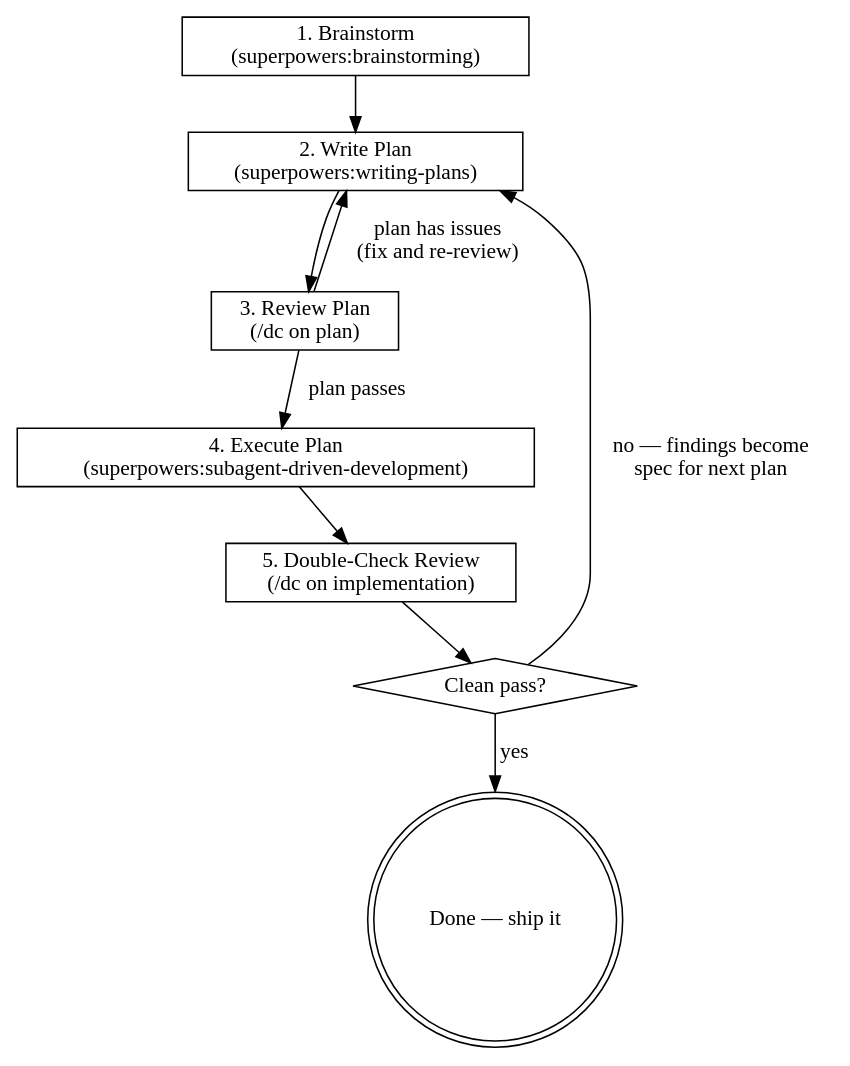
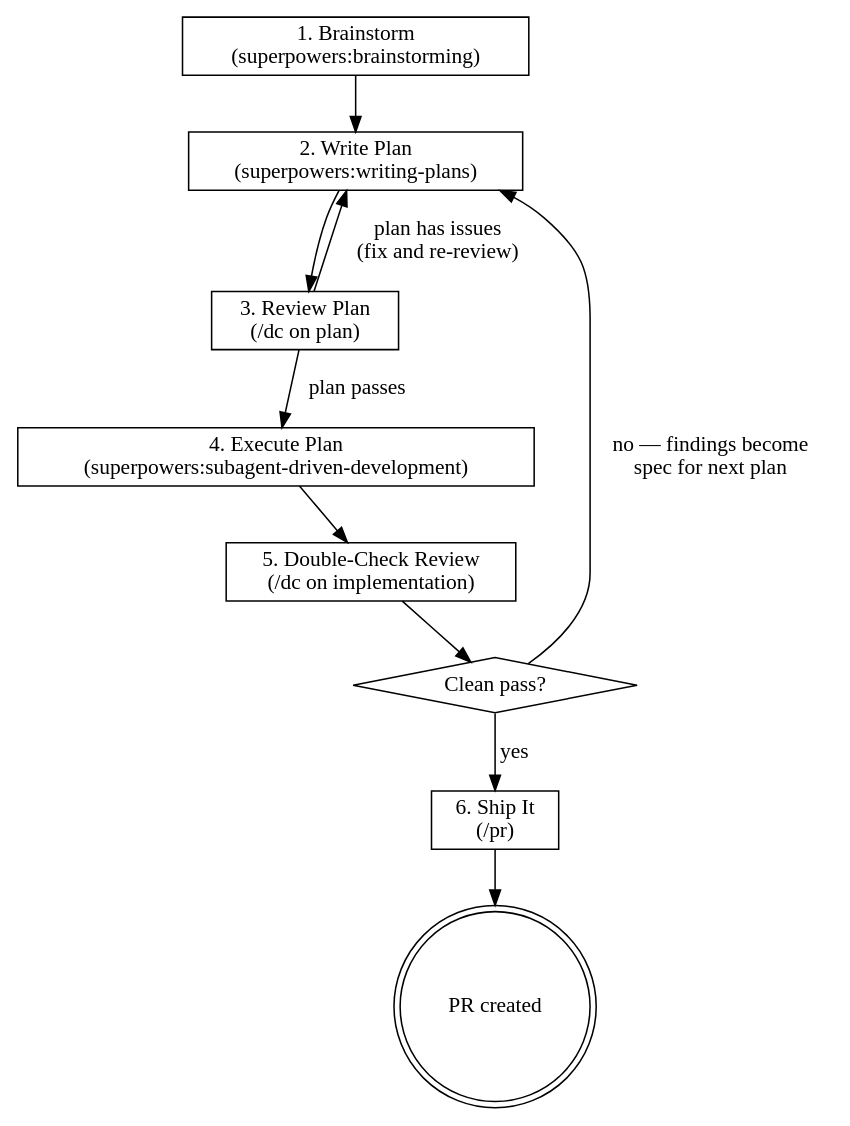
One commit to jackneil/claude-jacked changed the second of 2 diagrams in jacked/data/skills/jack-it-up/SKILL.md. Above: the diagram before and after it, drawn with Graphviz. The commit also changed other lines of this file and 2 other files, not shown here.

````diff
--- a/jacked/data/skills/jack-it-up/SKILL.md
+++ b/jacked/data/skills/jack-it-up/SKILL.md
@@ -43,23 +43,25 @@
 ```dot
 digraph cycle {
     rankdir=TB;
     node [shape=box];
 
     brainstorm [label="1. Brainstorm\n(superpowers:brainstorming)"];
     plan [label="2. Write Plan\n(superpowers:writing-plans)"];
     review_plan [label="3. Review Plan\n(/dc on plan)"];
     execute [label="4. Execute Plan\n(superpowers:subagent-driven-development)"];
     review_impl [label="5. Double-Check Review\n(/dc on implementation)"];
     clean [shape=diamond, label="Clean pass?"];
-    done [label="Done — ship it", shape=doublecircle];
+    ship [label="6. Ship It\n(/pr)"];
+    done [label="PR created", shape=doublecircle];
 
     brainstorm -> plan;
     plan -> review_plan;
     review_plan -> execute [label="plan passes"];
     review_plan -> plan [label="plan has issues\n(fix and re-review)"];
     execute -> review_impl;
     review_impl -> clean;
-    clean -> done [label="yes"];
+    clean -> ship [label="yes"];
     clean -> plan [label="no — findings become\nspec for next plan"];
+    ship -> done;
 }
 ```
````
